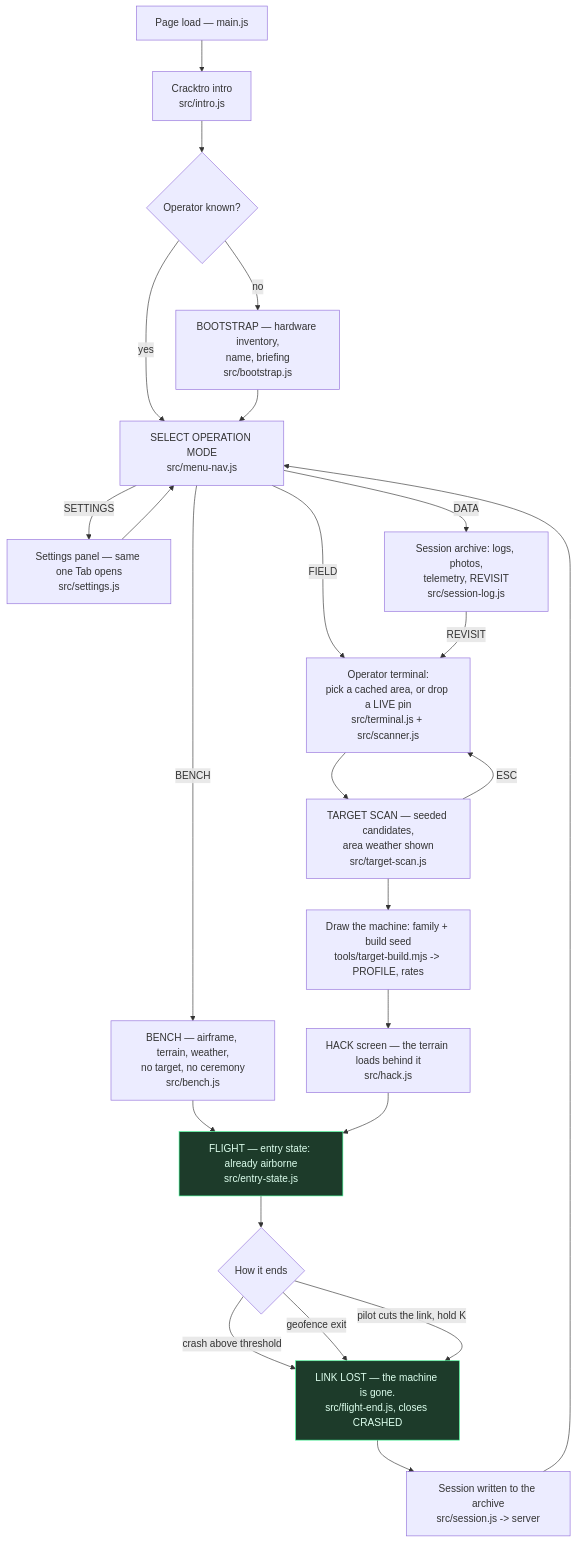
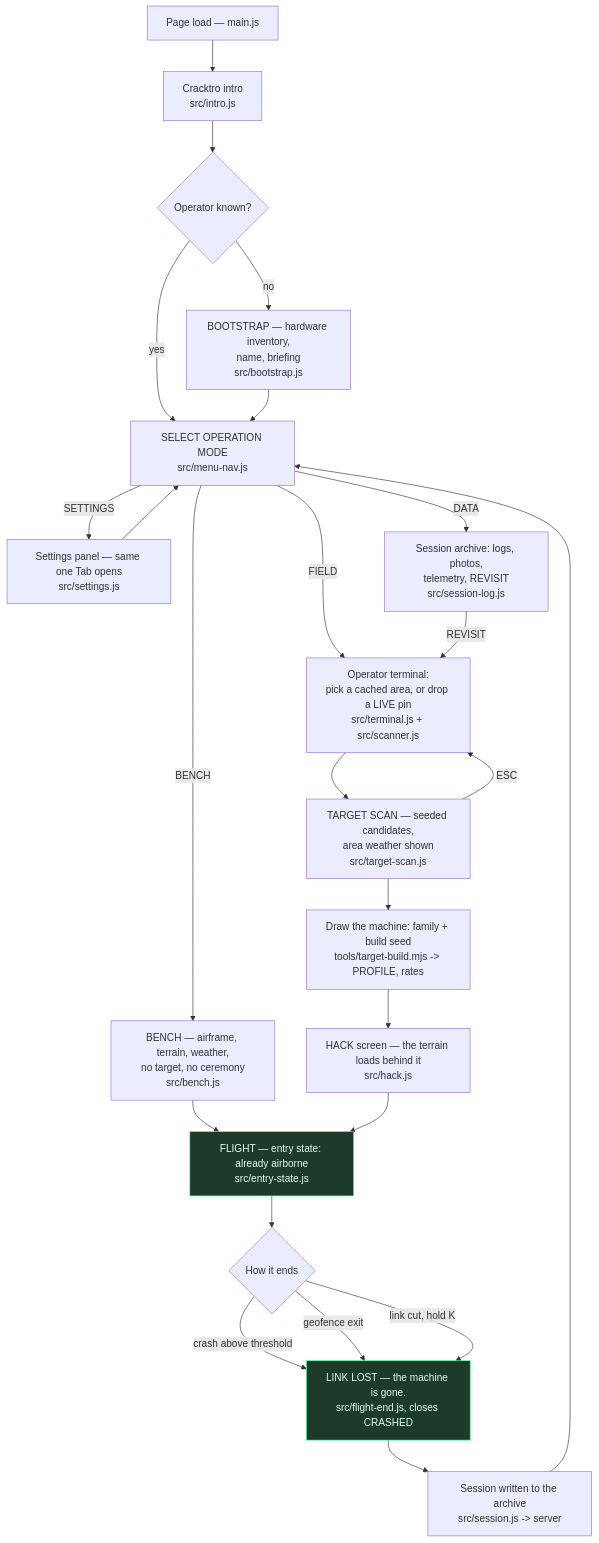
One commit to lionrayonnant/FPVThePlanet changed the first of 5 diagrams in sim/docs/architecture-diagrams.md. Above: the diagram before and after it, drawn with Mermaid. The commit also changed other lines of this file and 5 other files, not shown here.

````diff
--- a/sim/docs/architecture-diagrams.md
+++ b/sim/docs/architecture-diagrams.md
@@ -20,31 +40,31 @@
 ```mermaid
 flowchart TD
     LOAD["Page load — main.js"] --> INTRO["Cracktro intro<br/>src/intro.js"]
     INTRO --> OP{"Operator known?"}
     OP -- "no" --> BOOT["BOOTSTRAP — hardware inventory,<br/>name, briefing<br/>src/bootstrap.js"]
     OP -- "yes" --> MODE
     BOOT --> MODE["SELECT OPERATION MODE<br/>src/menu-nav.js"]
 
     MODE -- "SETTINGS" --> SET["Settings panel — same one Tab opens<br/>src/settings.js"] --> MODE
     MODE -- "DATA" --> DATA["Session archive: logs, photos,<br/>telemetry, REVISIT<br/>src/session-log.js"]
     MODE -- "BENCH" --> BENCH["BENCH — airframe, terrain, weather,<br/>no target, no ceremony<br/>src/bench.js"]
     MODE -- "FIELD" --> TERM["Operator terminal:<br/>pick a cached area, or drop a LIVE pin<br/>src/terminal.js + src/scanner.js"]
 
     DATA -- "REVISIT" --> TERM
     TERM --> SCAN["TARGET SCAN — seeded candidates,<br/>area weather shown<br/>src/target-scan.js"]
     SCAN -- "ESC" --> TERM
     SCAN --> BUILD["Draw the machine: family + build seed<br/>tools/target-build.mjs -> PROFILE, rates"]
     BUILD --> HACK["HACK screen — the terrain loads behind it<br/>src/hack.js"]
     BENCH --> FLIGHT
     HACK --> FLIGHT["FLIGHT — entry state: already airborne<br/>src/entry-state.js"]
 
     FLIGHT --> END{"How it ends"}
     END -- "crash above threshold" --> DEAD
     END -- "geofence exit" --> DEAD
-    END -- "pilot cuts the link, hold K" --> DEAD
+    END -- "link cut, hold K" --> DEAD
     DEAD["LINK LOST — the machine is gone.<br/>src/flight-end.js, closes CRASHED"] --> ARCH["Session written to the archive<br/>src/session.js -> server"]
     ARCH --> MODE
 
     classDef flight fill:#1d3b2a,stroke:#4f9,color:#dfe
     class FLIGHT,DEAD flight
 ```
````
